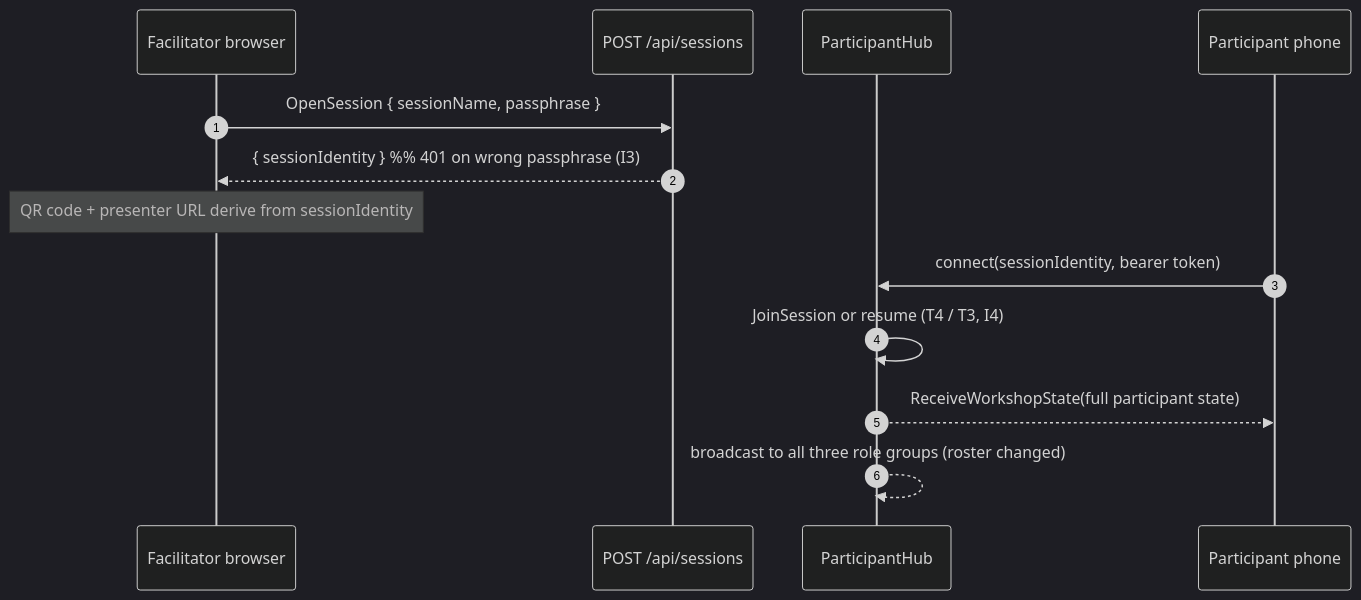
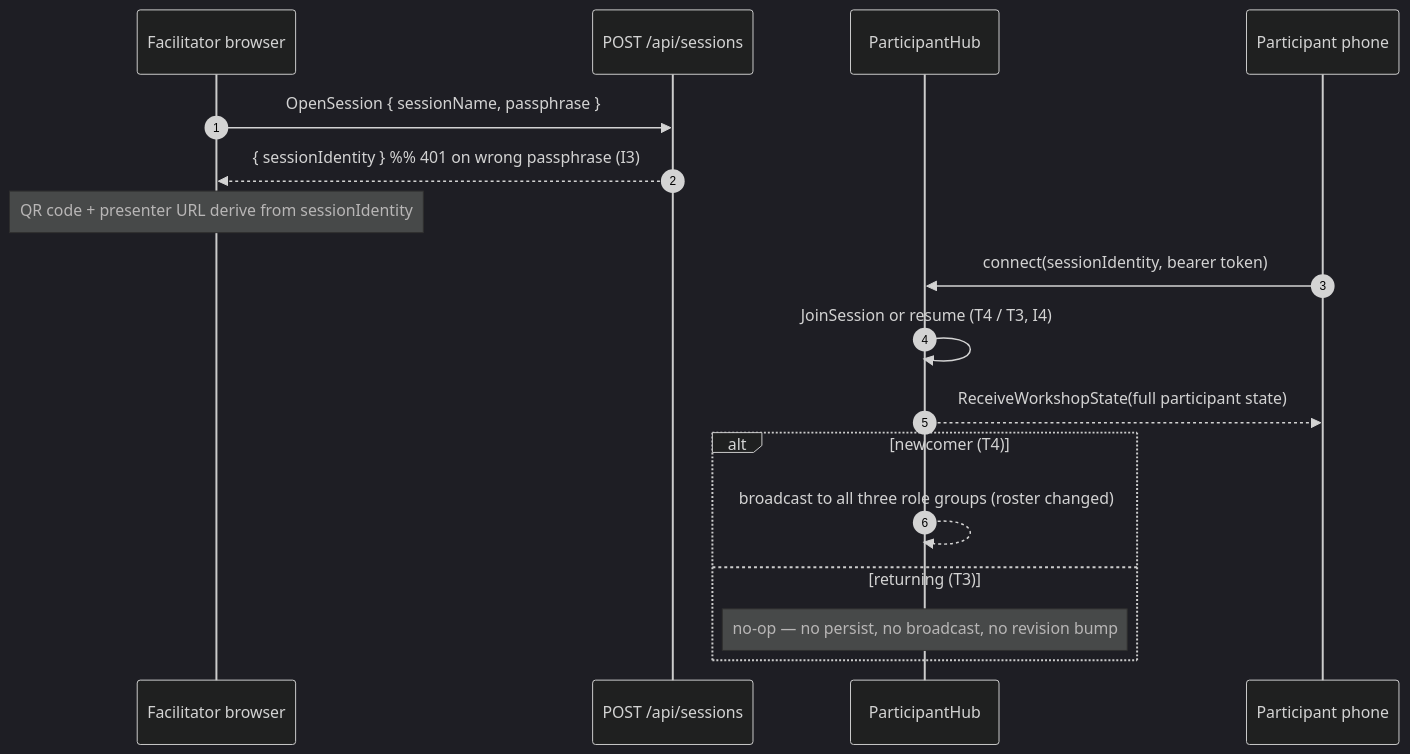
The first of 5 diagrams in design/protocol.md (JakobKrummeich/ValuesWorkshop), drawn with Mermaid (dark theme) before and after one commit. The commit also changed other lines of this file, not shown here.

````diff
--- a/design/protocol.md
+++ b/design/protocol.md
@@ -100,17 +100,21 @@
 ```mermaid
 sequenceDiagram
   autonumber
   participant F as Facilitator browser
   participant API as POST /api/sessions
   participant PH as ParticipantHub
   participant P as Participant phone
 
   F->>API: OpenSession { sessionName, passphrase }
   API-->>F: { sessionIdentity }  %% 401 on wrong passphrase (I3)
   Note over F: QR code + presenter URL derive from sessionIdentity
 
   P->>PH: connect(sessionIdentity, bearer token)
   PH->>PH: JoinSession or resume (T4 / T3, I4)
   PH-->>P: ReceiveWorkshopState(full participant state)
-  PH-->>PH: broadcast to all three role groups (roster changed)
+  alt newcomer (T4)
+    PH-->>PH: broadcast to all three role groups (roster changed)
+  else returning (T3)
+    Note over PH: no-op — no persist, no broadcast, no revision bump
+  end
 ```
````
